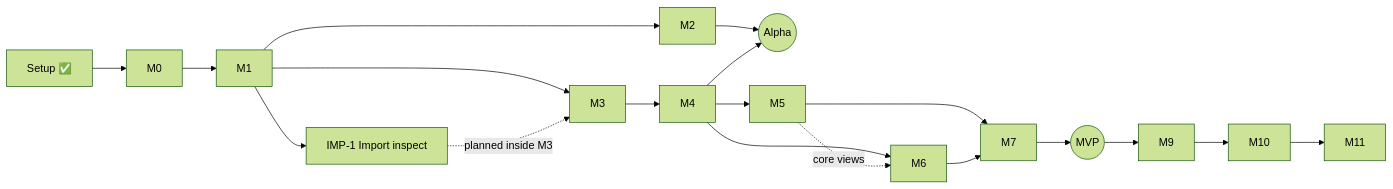
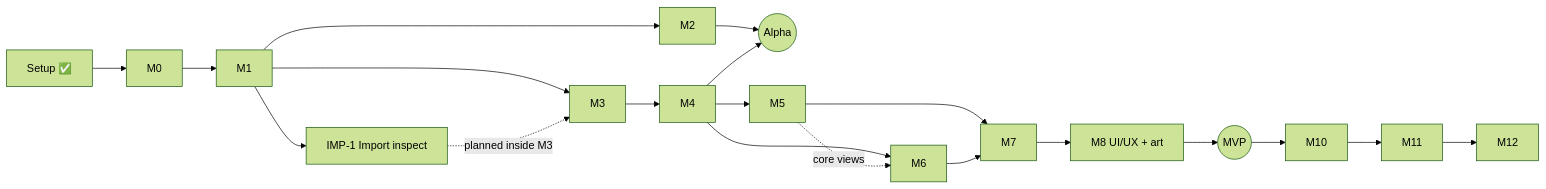
The first of 4 diagrams in docs/pm/DEPENDENCIES.md (jash-aeio/AtlasRealm), drawn with Mermaid (forest theme) before and after one commit. The commit also changed 9 other files, not shown here.

````diff
--- a/docs/pm/DEPENDENCIES.md
+++ b/docs/pm/DEPENDENCIES.md
@@ -7,19 +7,20 @@
 ```mermaid
 flowchart LR
   S[Setup ✅] --> M0
   M0 --> M1
   M1 --> M2
   M1 --> M3
   M1 --> IMP1[IMP-1 Import inspect]
   IMP1 -. planned inside M3 .-> M3
   M3 --> M4
   M2 --> ALPHA((Alpha))
   M4 --> ALPHA
   M4 --> M5
   M4 --> M6
   M5 -. core views .-> M6
   M5 --> M7
   M6 --> M7
-  M7 --> M8((MVP))
-  M8 --> M9 --> M10 --> M11
+  M7 --> M8[M8 UI/UX + art]
+  M8 --> M9((MVP))
+  M9 --> M10 --> M11 --> M12
 ```
````
